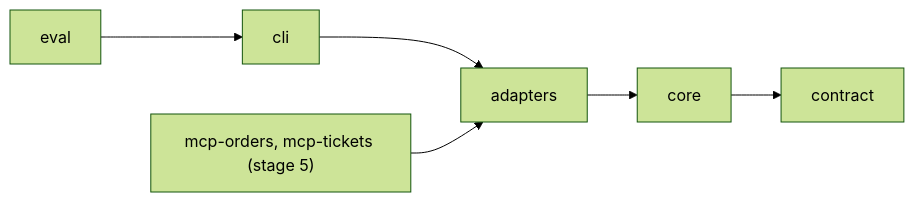
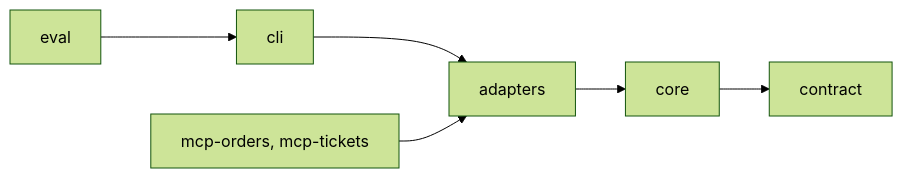
One commit to diegoferreiracaetano/dsupport-kt changed the first of 2 diagrams in README.md. Above: the diagram before and after it, drawn with Mermaid (forest theme). The commit also changed other lines of this file and 26 other files, not shown here.

Commit message:
Stage 5: MCP servers and client with the official SDK, ADRs 0001 and 0002

````diff
--- a/README.md
+++ b/README.md
@@ -34,6 +34,6 @@
 ```mermaid
 flowchart LR
   cli --> adapters --> core --> contract
   eval --> cli
-  mcp["mcp-orders, mcp-tickets (stage 5)"] --> adapters
+  mcp["mcp-orders, mcp-tickets"] --> adapters
 ```
````
